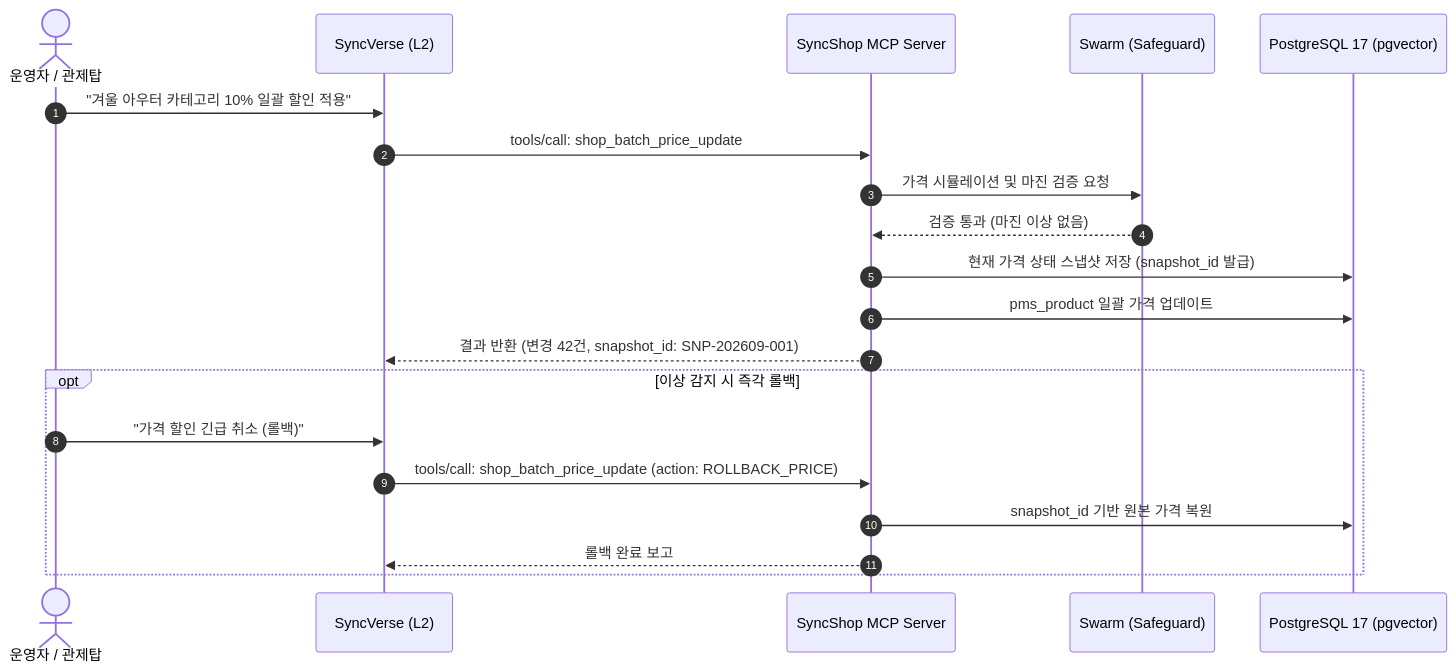
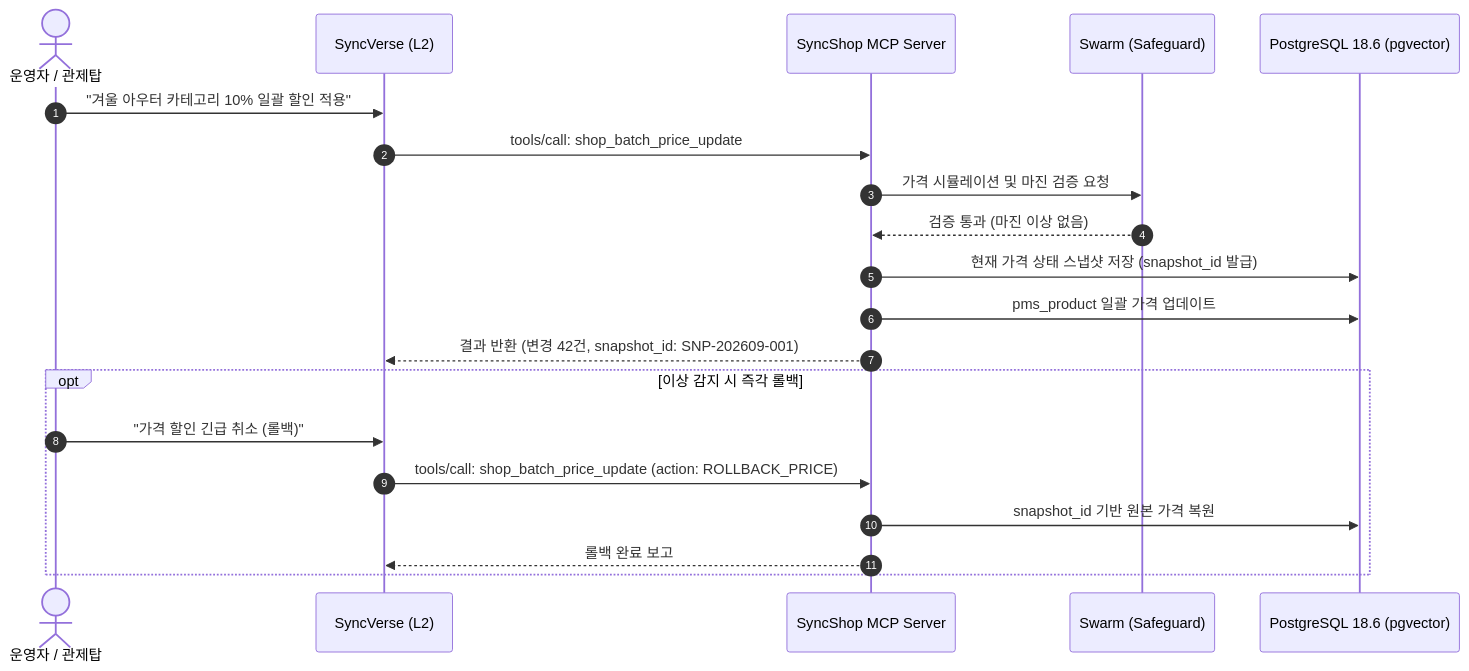
The second of 2 diagrams in ko/syncshop/architecture.md (DramaticCollaboration/doc.github.io), drawn with Mermaid before and after one commit. The commit also changed 437 other files, not shown here.

````diff
--- a/ko/syncshop/architecture.md
+++ b/ko/syncshop/architecture.md
@@ -76,24 +76,24 @@
 ```mermaid
 sequenceDiagram
     autonumber
     actor Admin as 운영자 / 관제탑
     participant Verse as SyncVerse (L2)
     participant ShopMcp as SyncShop MCP Server
     participant Swarm as Swarm (Safeguard)
-    participant DB as PostgreSQL 17 (pgvector)
+    participant DB as PostgreSQL 18.6 (pgvector)
 
     Admin->>Verse: "겨울 아우터 카테고리 10% 일괄 할인 적용"
     Verse->>ShopMcp: tools/call: shop_batch_price_update
     ShopMcp->>Swarm: 가격 시뮬레이션 및 마진 검증 요청
     Swarm-->>ShopMcp: 검증 통과 (마진 이상 없음)
     ShopMcp->>DB: 현재 가격 상태 스냅샷 저장 (snapshot_id 발급)
     ShopMcp->>DB: pms_product 일괄 가격 업데이트
     ShopMcp-->>Verse: 결과 반환 (변경 42건, snapshot_id: SNP-202609-001)
 
     opt 이상 감지 시 즉각 롤백
         Admin->>Verse: "가격 할인 긴급 취소 (롤백)"
         Verse->>ShopMcp: tools/call: shop_batch_price_update (action: ROLLBACK_PRICE)
         ShopMcp->>DB: snapshot_id 기반 원본 가격 복원
         ShopMcp-->>Verse: 롤백 완료 보고
     end
 ```
````
